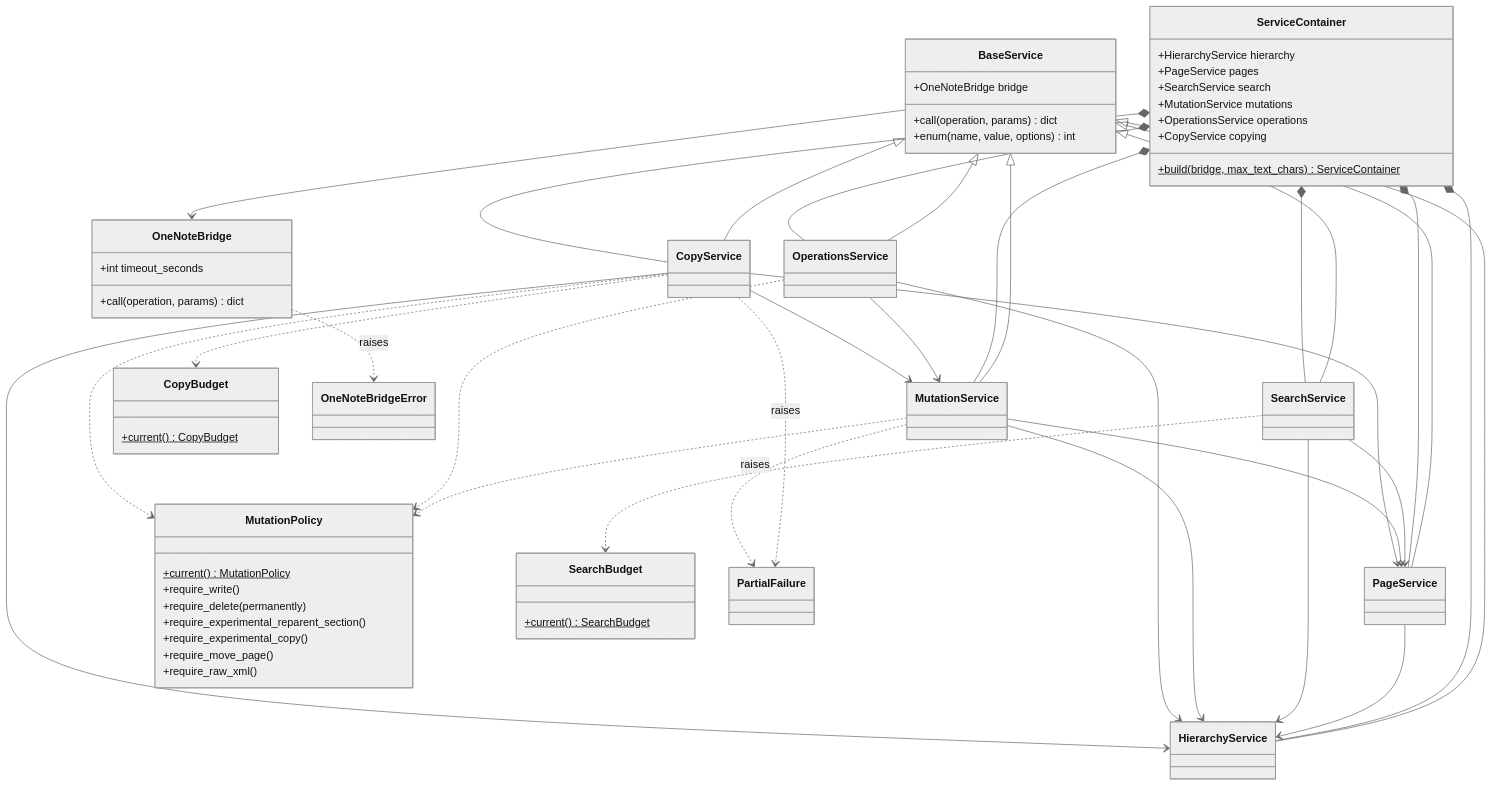
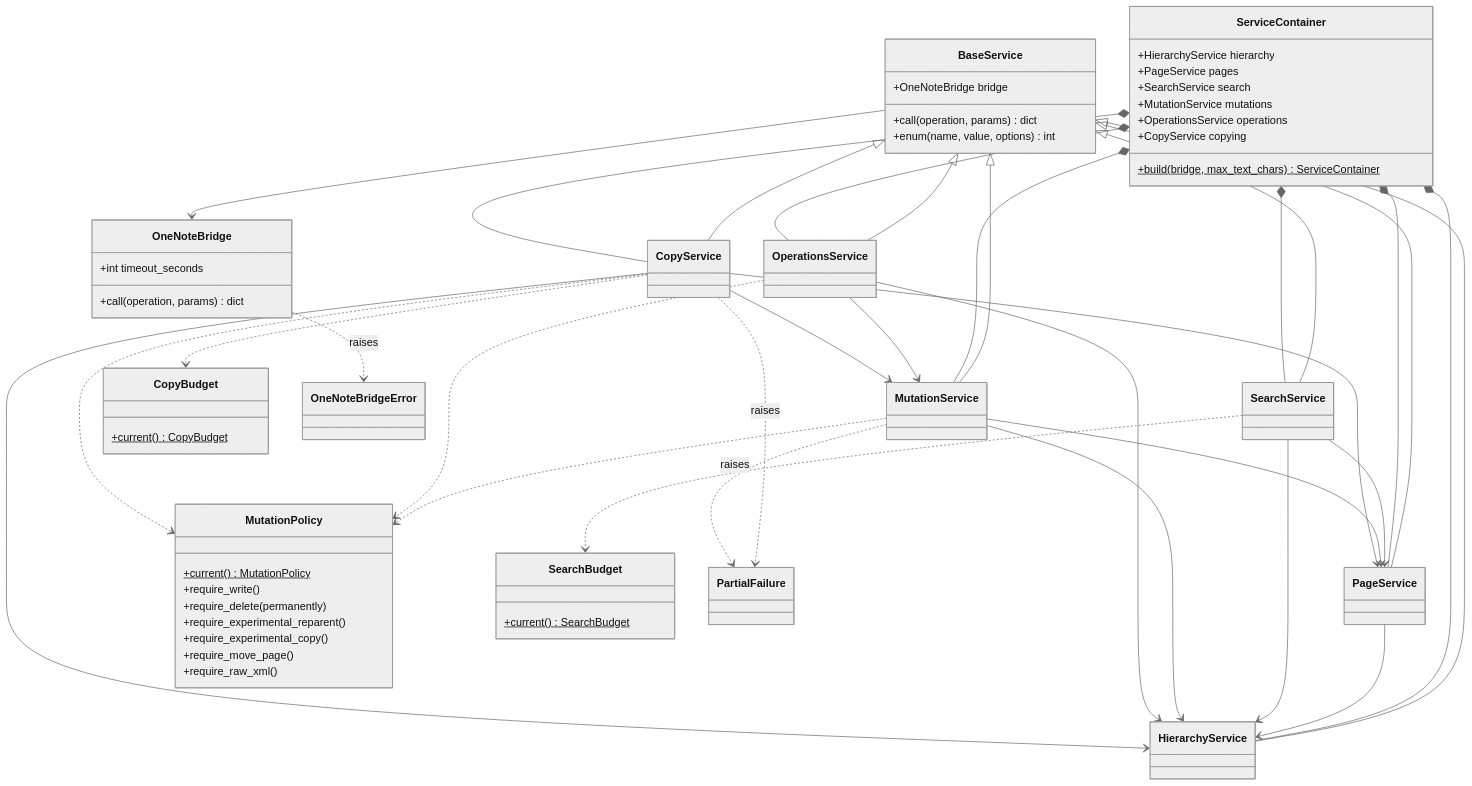
The second of 6 diagrams in docs/design/architecture.md (Kaomsos/onenote-com-mcp), drawn with Mermaid (neutral theme) before and after one commit. The commit also changed other lines of this file and 35 other files, not shown here.

````diff
--- a/docs/design/architecture.md
+++ b/docs/design/architecture.md
@@ -96,76 +96,76 @@
 ```mermaid
 classDiagram
     class ServiceContainer {
         +HierarchyService hierarchy
         +PageService pages
         +SearchService search
         +MutationService mutations
         +OperationsService operations
         +CopyService copying
         +build(bridge, max_text_chars)$ ServiceContainer
     }
     class BaseService {
         +OneNoteBridge bridge
         +call(operation, params) dict
         +enum(name, value, options) int
     }
     class HierarchyService
     class PageService
     class SearchService
     class MutationService
     class OperationsService
     class CopyService
     class OneNoteBridge {
         +int timeout_seconds
         +call(operation, params) dict
     }
     class MutationPolicy {
         +current()$ MutationPolicy
         +require_write()
         +require_delete(permanently)
-        +require_experimental_reparent_section()
+        +require_experimental_reparent()
         +require_experimental_copy()
         +require_move_page()
         +require_raw_xml()
     }
     class SearchBudget {
         +current()$ SearchBudget
     }
     class CopyBudget {
         +current()$ CopyBudget
     }
     class PartialFailure
     class OneNoteBridgeError
 
     BaseService <|-- HierarchyService
     BaseService <|-- PageService
     BaseService <|-- SearchService
     BaseService <|-- MutationService
     BaseService <|-- OperationsService
     BaseService <|-- CopyService
     ServiceContainer *-- HierarchyService
     ServiceContainer *-- PageService
     ServiceContainer *-- SearchService
     ServiceContainer *-- MutationService
     ServiceContainer *-- OperationsService
     ServiceContainer *-- CopyService
     PageService --> HierarchyService
     SearchService --> HierarchyService
     SearchService --> PageService
     MutationService --> HierarchyService
     MutationService --> PageService
     OperationsService --> HierarchyService
     OperationsService --> MutationService
     CopyService --> HierarchyService
     CopyService --> PageService
     CopyService --> MutationService
     BaseService --> OneNoteBridge
     MutationService ..> MutationPolicy
     OperationsService ..> MutationPolicy
     SearchService ..> SearchBudget
     CopyService ..> MutationPolicy
     CopyService ..> CopyBudget
     CopyService ..> PartialFailure : raises
     MutationService ..> PartialFailure : raises
     OneNoteBridge ..> OneNoteBridgeError : raises
 ```
````
